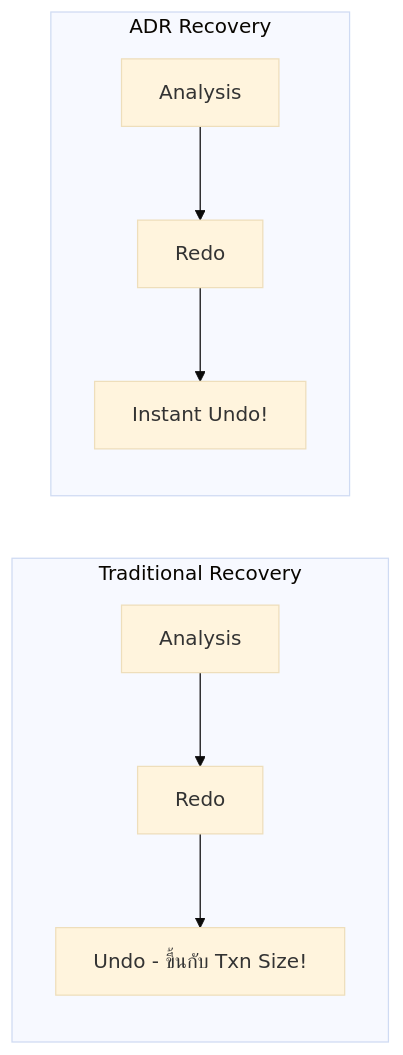
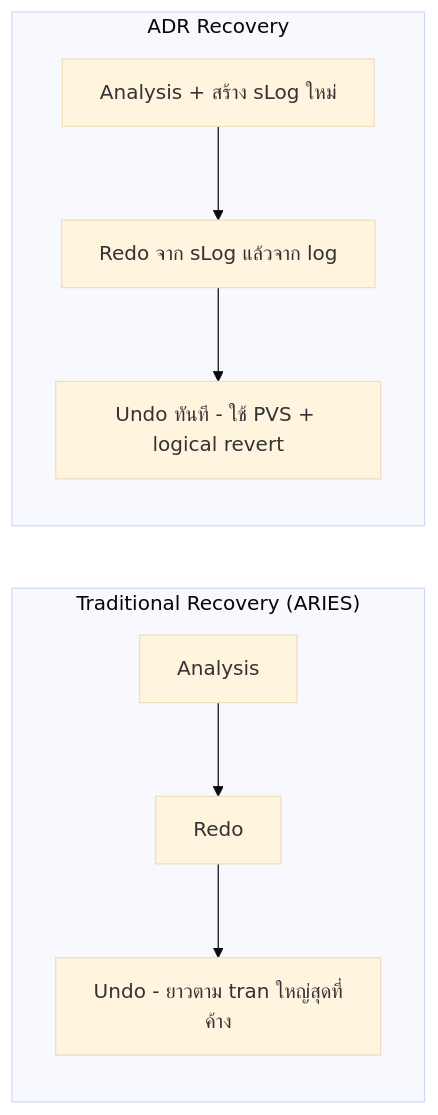
Before and after one commit to DataFabric-Academy/sql-server-performance-tuning: the diagram in Module_05_Concurrency/Sections/03_ADR_Optimized_Locking_2025/README.md, drawn with Mermaid (base theme). The commit also changed other lines of this file and 214 other files, not shown here.

````diff
--- a/Module_05_Concurrency/Sections/03_ADR_Optimized_Locking_2025/README.md
+++ b/Module_05_Concurrency/Sections/03_ADR_Optimized_Locking_2025/README.md
@@ -55,12 +117,11 @@
 ```mermaid
 flowchart LR
-    subgraph Traditional["Traditional Recovery"]
+    subgraph Trad["Traditional Recovery (ARIES)"]
         A1[Analysis] --> R1[Redo]
-        R1 --> U1[Undo - ขึ้นกับ Txn Size!]
+        R1 --> U1[Undo - ยาวตาม tran ใหญ่สุดที่ค้าง]
     end
-    
     subgraph ADR["ADR Recovery"]
-        A2[Analysis] --> R2[Redo]
-        R2 --> U2[Instant Undo!]
+        A2[Analysis + สร้าง sLog ใหม่] --> R2[Redo จาก sLog แล้วจาก log]
+        R2 --> U2[Undo ทันที - ใช้ PVS + logical revert]
     end
 ```
````
